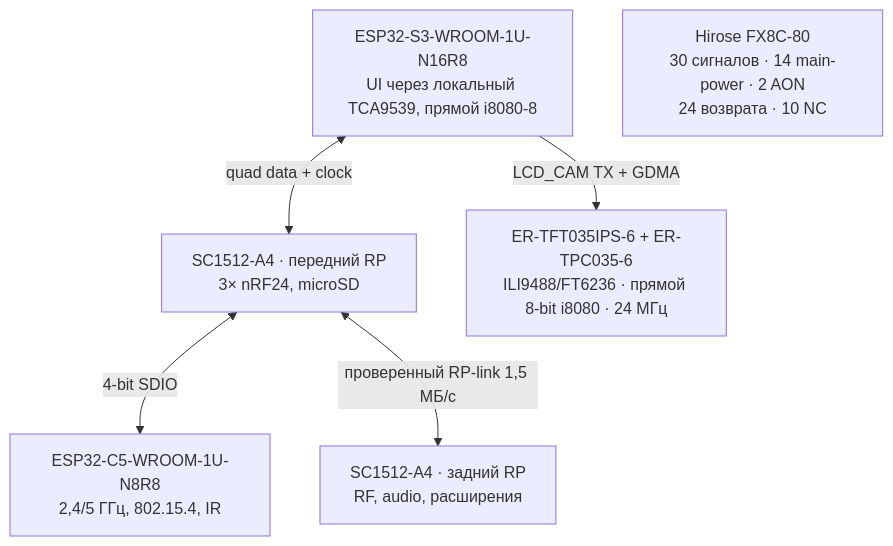
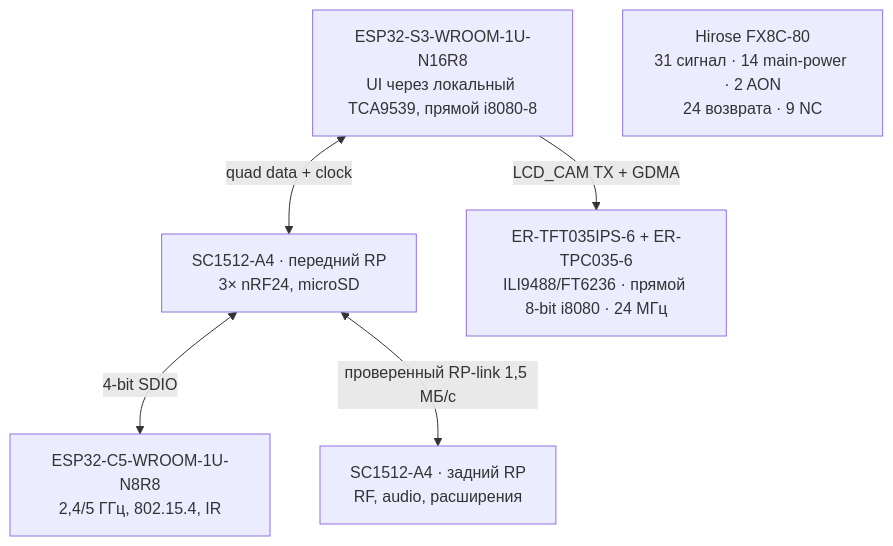
The diagram in docs/schematics.ru.md (anton-vinogradov/esp32-leshy2), drawn with Mermaid before and after one commit. The commit also changed other lines of this file and 120 other files, not shown here.

````diff
--- a/docs/schematics.ru.md
+++ b/docs/schematics.ru.md
@@ -34,14 +34,14 @@
 ```mermaid
 flowchart TD
   S3["ESP32-S3-WROOM-1U-N16R8<br/>UI через локальный TCA9539, прямой i8080-8"]
   C5["ESP32-C5-WROOM-1U-N8R8<br/>2,4/5 ГГц, 802.15.4, IR"]
   FRP["SC1512-A4 · передний RP<br/>3× nRF24, microSD"]
   RRP["SC1512-A4 · задний RP<br/>RF, audio, расширения"]
   LCD["ER-TFT035IPS-6 + ER-TPC035-6<br/>ILI9488/FT6236 · прямой 8-bit i8080 · 24 МГц"]
-  M1["Hirose FX8C-80<br/>30 сигналов · 14 main-power · 2 AON<br/>24 возврата · 10 NC"]
+  M1["Hirose FX8C-80<br/>31 сигнал · 14 main-power · 2 AON<br/>24 возврата · 9 NC"]
 
   S3 -->|"LCD_CAM TX + GDMA"| LCD
   S3 <-->|"quad data + clock"| FRP
   FRP <-->|"4-bit SDIO"| C5
   FRP <-->|"проверенный RP-link 1,5 МБ/с"| RRP
 ```
````
